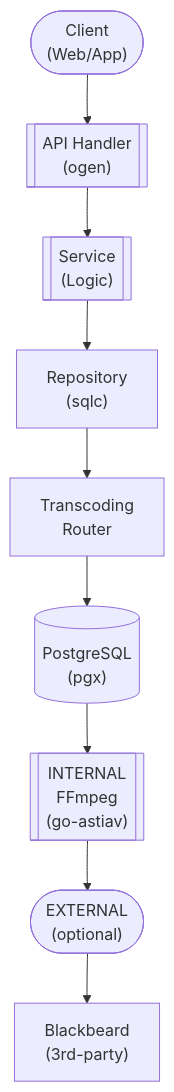
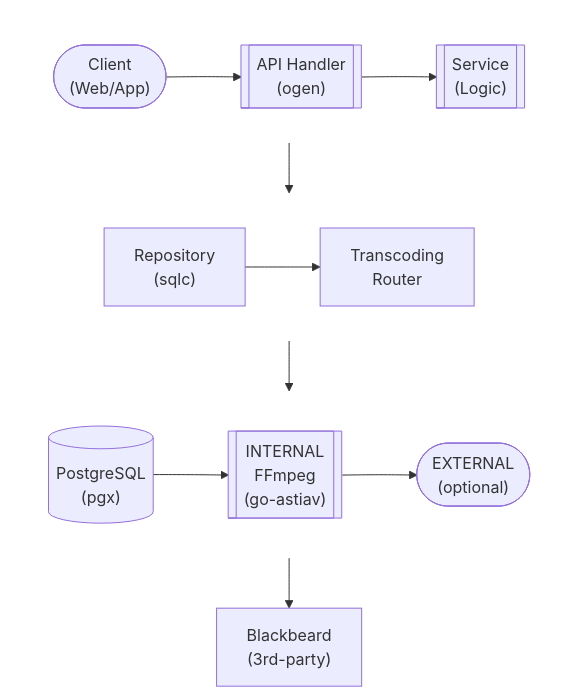
The diagram in docs/dev/design/services/TRANSCODING.md (lusoris/revenge), drawn with Mermaid before and after one commit. The commit also changed 210 other files, not shown here.

First line of the commit message:
feat(docs): Add horizontal layout support for Mermaid diagrams

````diff
--- a/docs/dev/design/services/TRANSCODING.md
+++ b/docs/dev/design/services/TRANSCODING.md
@@ -69,20 +69,34 @@
 ```mermaid
 flowchart TD
-    node1(["Client<br/>(Web/App)"])
-    node2[["API Handler<br/>(ogen)"]]
-    node3[["Service<br/>(Logic)"]]
-    node4["Repository<br/>(sqlc)"]
-    node5["Transcoding<br/>Router"]
-    node6[("PostgreSQL<br/>(pgx)")]
-    node7[["INTERNAL<br/>FFmpeg<br/>(go-astiav)"]]
-    node8(["EXTERNAL<br/>(optional)"])
+    subgraph row1[ ]
+        direction LR
+        node1(["Client<br/>(Web/App)"])
+        node2[["API Handler<br/>(ogen)"]]
+        node3[["Service<br/>(Logic)"]]
+    end
+    subgraph row2[ ]
+        direction LR
+        node4["Repository<br/>(sqlc)"]
+        node5["Transcoding<br/>Router"]
+    end
+    subgraph row3[ ]
+        direction LR
+        node6[("PostgreSQL<br/>(pgx)")]
+        node7[["INTERNAL<br/>FFmpeg<br/>(go-astiav)"]]
+        node8(["EXTERNAL<br/>(optional)"])
+    end
     node9["Blackbeard<br/>(3rd-party)"]
     node1 --> node2
     node2 --> node3
     node4 --> node5
     node6 --> node7
     node7 --> node8
     node3 --> node4
     node5 --> node6
     node8 --> node9
+
+    %% Hide row subgraph borders
+    style row1 fill:transparent,stroke:transparent
+    style row2 fill:transparent,stroke:transparent
+    style row3 fill:transparent,stroke:transparent
 ```
````
